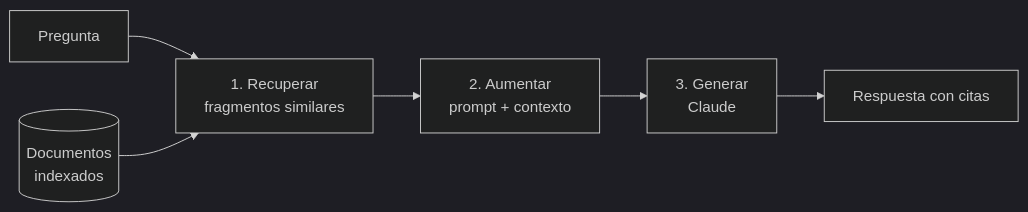
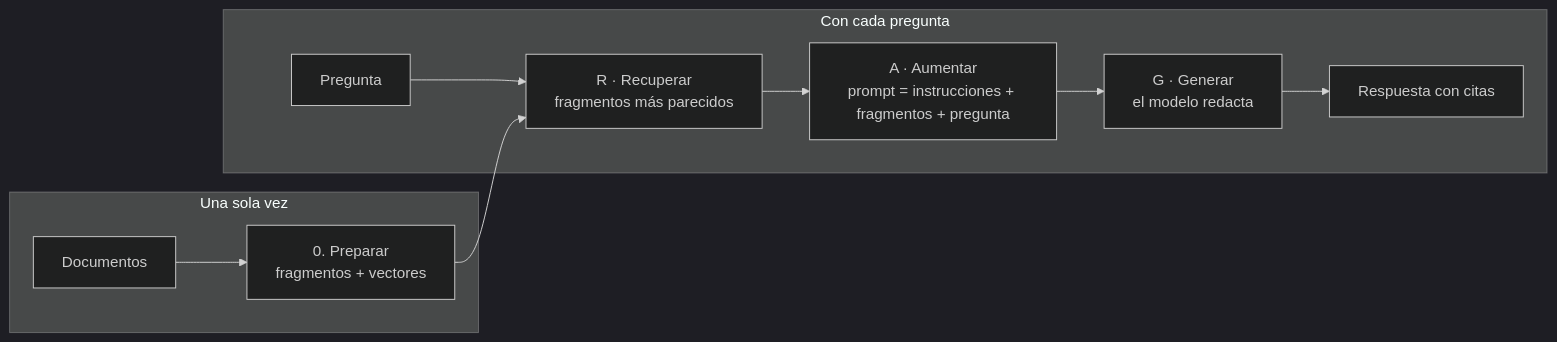
One commit to reeb-dev/rag-ejemplo changed the diagram in README.md. Above: the diagram before and after it, drawn with Mermaid (dark theme). The commit also changed other lines of this file and 6 other files, not shown here.

````diff
--- a/README.md
+++ b/README.md
@@ -27,8 +29,13 @@
 ```mermaid
 flowchart LR
-  Q[Pregunta] --> R[1. Recuperar<br/>fragmentos similares]
-  DB[(Documentos<br/>indexados)] --> R
-  R --> A[2. Aumentar<br/>prompt + contexto]
-  A --> G[3. Generar<br/>Claude]
-  G --> Resp[Respuesta con citas]
+  subgraph Una_vez["Una sola vez"]
+    D[Documentos] --> P["0. Preparar<br/>fragmentos + vectores"]
+  end
+  subgraph Cada_pregunta["Con cada pregunta"]
+    Q[Pregunta] --> R["R · Recuperar<br/>fragmentos más parecidos"]
+    R --> A["A · Aumentar<br/>prompt = instrucciones + fragmentos + pregunta"]
+    A --> G["G · Generar<br/>el modelo redacta"]
+    G --> Resp[Respuesta con citas]
+  end
+  P --> R
 ```
````
